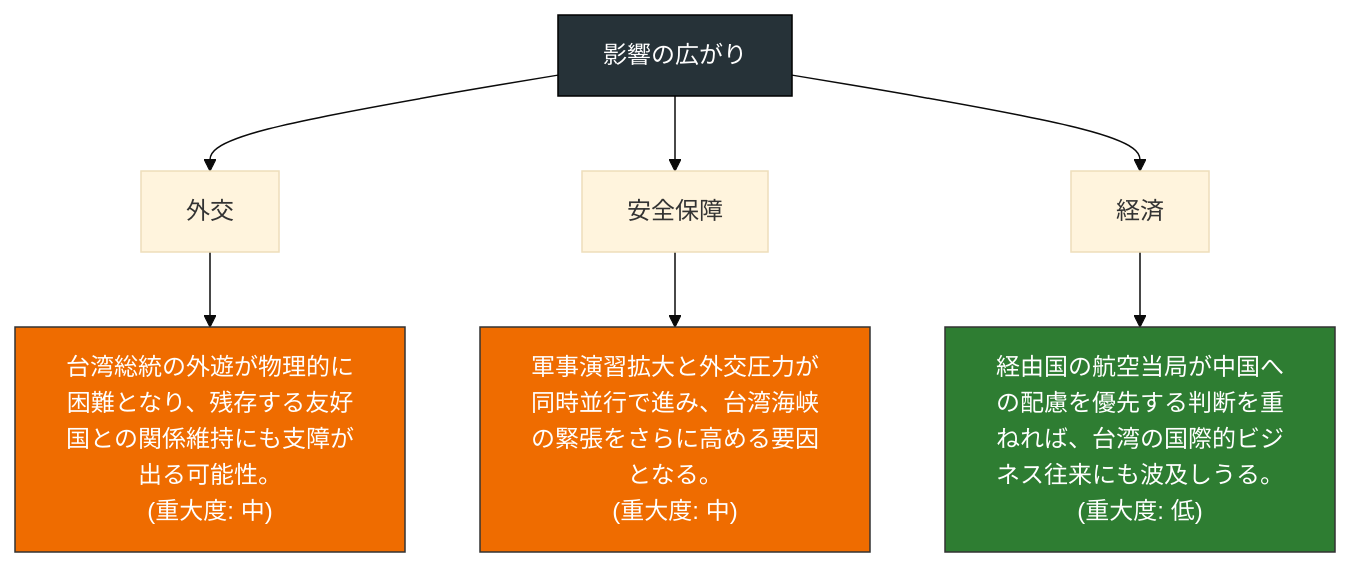
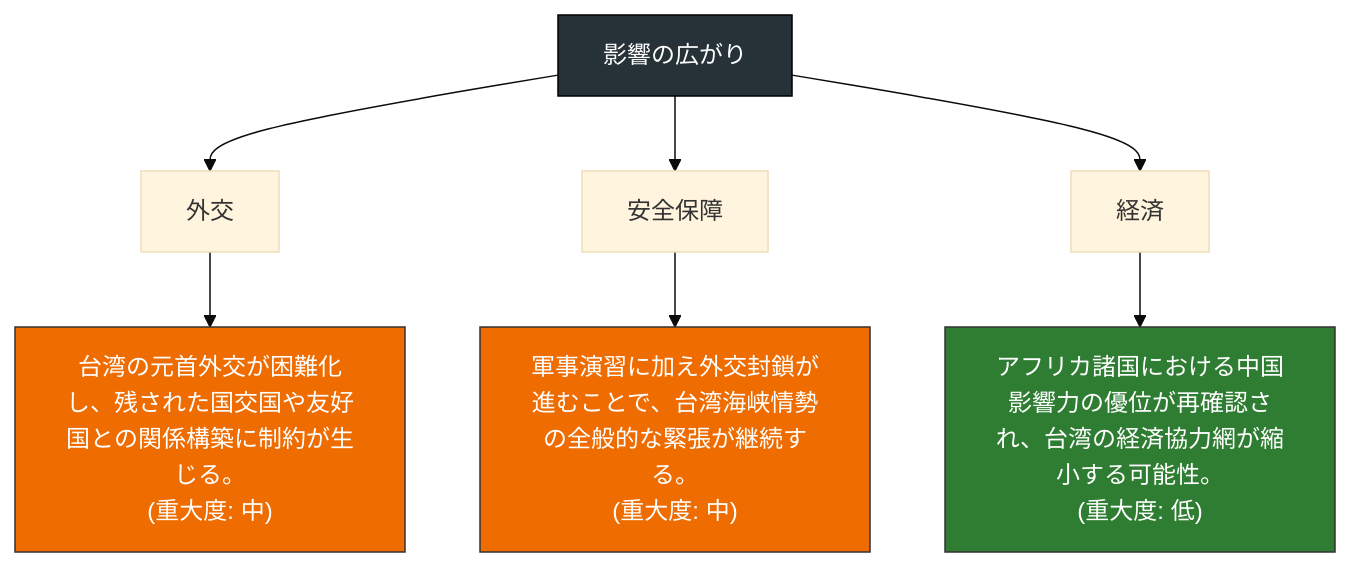
One commit to YUUUyutaro/tiseigaku changed diagram 18 of 20 in docs/reports/2026-04-23.md. Above: the diagram before and after it, drawn with Mermaid (base theme). The commit also changed other lines of this file and 3 other files, not shown here.

````diff
--- a/docs/reports/2026-04-23.md
+++ b/docs/reports/2026-04-23.md
@@ -153,17 +364,17 @@
 ```mermaid
 flowchart TB
   R["影響の広がり"]
   D0["外交"]
-  I0["台湾総統の外遊が物理的に困難となり、残存する友好国との関係維持にも支障が出る可能性。\n(重大度: 中)"]
+  I0["台湾の元首外交が困難化し、残された国交国や友好国との関係構築に制約が生じる。\n(重大度: 中)"]
   R --> D0 --> I0
   style I0 fill:#ef6c00,color:#fff,stroke:#333
   D1["安全保障"]
-  I1["軍事演習拡大と外交圧力が同時並行で進み、台湾海峡の緊張をさらに高める要因となる。\n(重大度: 中)"]
+  I1["軍事演習に加え外交封鎖が進むことで、台湾海峡情勢の全般的な緊張が継続する。\n(重大度: 中)"]
   R --> D1 --> I1
   style I1 fill:#ef6c00,color:#fff,stroke:#333
   D2["経済"]
-  I2["経由国の航空当局が中国への配慮を優先する判断を重ねれば、台湾の国際的ビジネス往来にも波及しうる。\n(重大度: 低)"]
+  I2["アフリカ諸国における中国影響力の優位が再確認され、台湾の経済協力網が縮小する可能性。\n(重大度: 低)"]
   R --> D2 --> I2
   style I2 fill:#2e7d32,color:#fff,stroke:#333
   style R fill:#263238,color:#fff,stroke:#000
 ```
````
